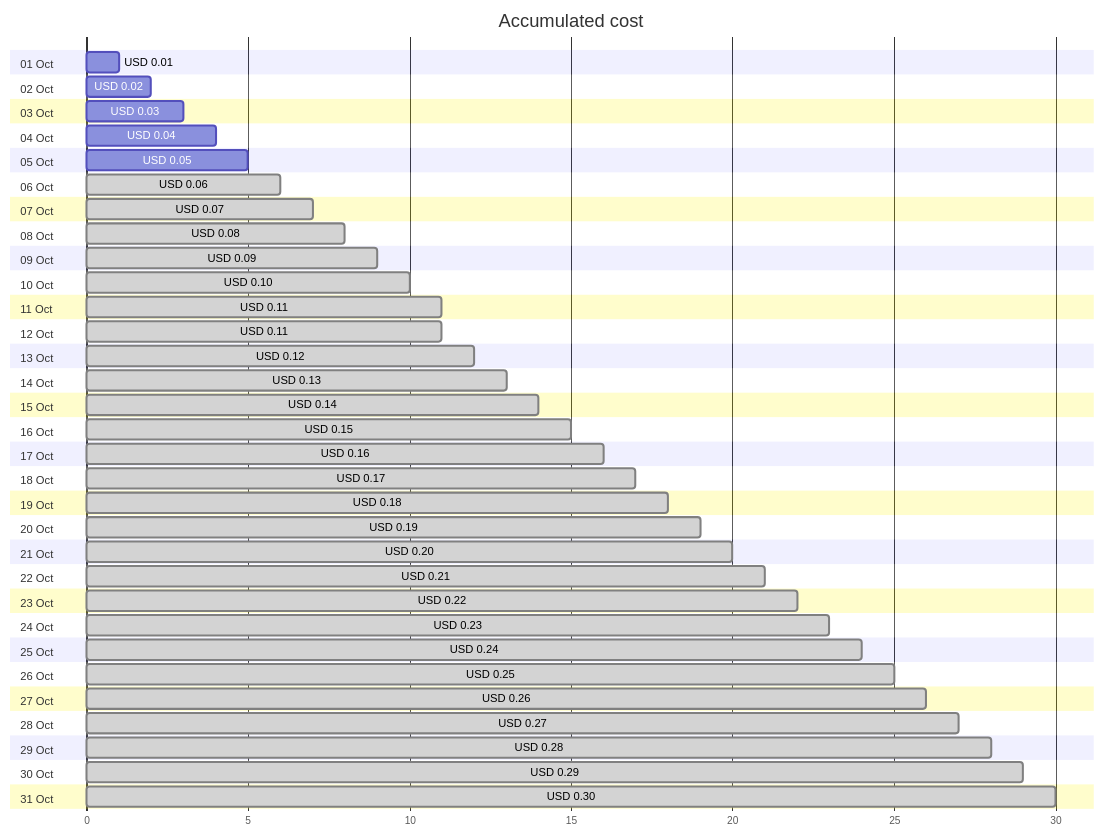
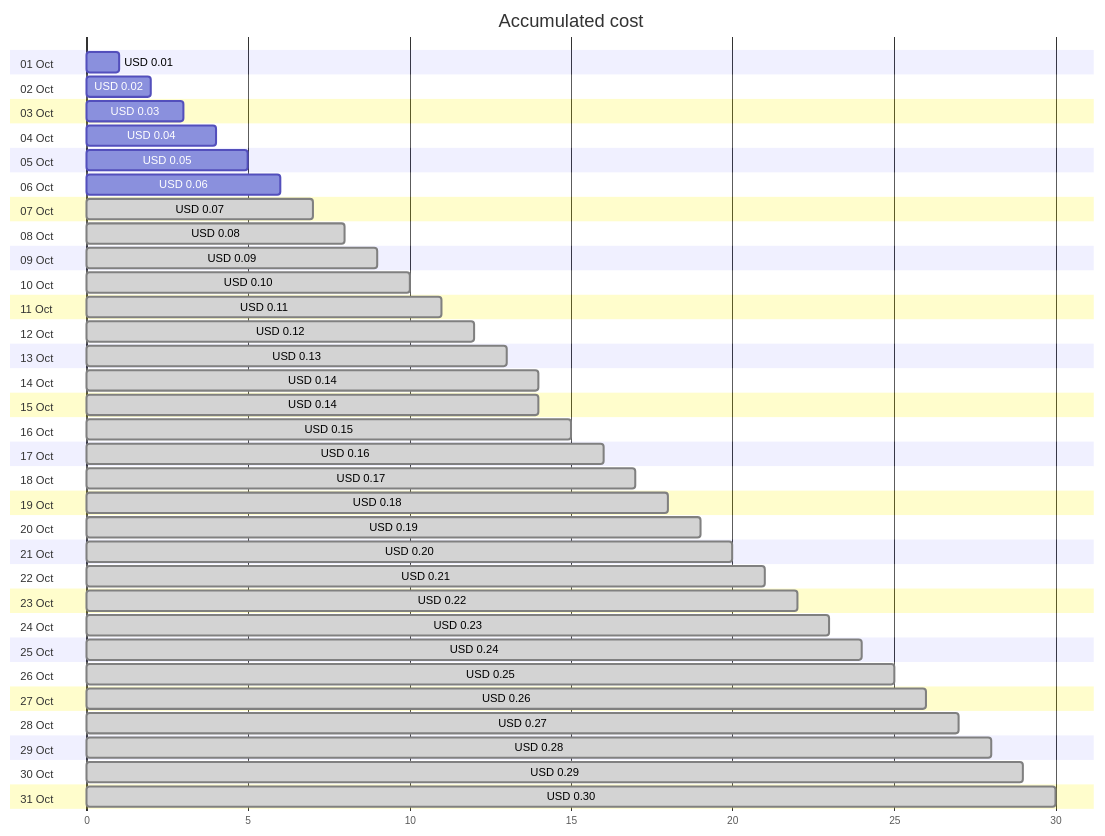
Before and after one commit to jpfulton/azure-personal-reports: the first of 4 diagrams in cost-reports/cloud-shell-storage-eastus/README.md, drawn with Mermaid. The commit also changed other lines of this file and 1 other file, not shown here.

````diff
--- a/cost-reports/cloud-shell-storage-eastus/README.md
+++ b/cost-reports/cloud-shell-storage-eastus/README.md
@@ -20,68 +20,68 @@
 ```mermaid
 gantt
    title Accumulated cost
    dateFormat  X
    axisFormat %s
    section 01 Oct
    USD 0.01 :0, 1
    section 02 Oct
    USD 0.02 :0, 2
    section 03 Oct
    USD 0.03 :0, 3
    section 04 Oct
    USD 0.04 :0, 4
    section 05 Oct
    USD 0.05 :0, 5
    section 06 Oct
-   USD 0.06 : done, 0, 6
+   USD 0.06 :0, 6
    section 07 Oct
    USD 0.07 : done, 0, 7
    section 08 Oct
    USD 0.08 : done, 0, 8
    section 09 Oct
    USD 0.09 : done, 0, 9
    section 10 Oct
    USD 0.10 : done, 0, 10
    section 11 Oct
    USD 0.11 : done, 0, 11
    section 12 Oct
-   USD 0.11 : done, 0, 11
+   USD 0.12 : done, 0, 12
    section 13 Oct
-   USD 0.12 : done, 0, 12
+   USD 0.13 : done, 0, 13
    section 14 Oct
-   USD 0.13 : done, 0, 13
+   USD 0.14 : done, 0, 14
    section 15 Oct
    USD 0.14 : done, 0, 14
    section 16 Oct
    USD 0.15 : done, 0, 15
    section 17 Oct
    USD 0.16 : done, 0, 16
    section 18 Oct
    USD 0.17 : done, 0, 17
    section 19 Oct
    USD 0.18 : done, 0, 18
    section 20 Oct
    USD 0.19 : done, 0, 19
    section 21 Oct
    USD 0.20 : done, 0, 20
    section 22 Oct
    USD 0.21 : done, 0, 21
    section 23 Oct
    USD 0.22 : done, 0, 22
    section 24 Oct
    USD 0.23 : done, 0, 23
    section 25 Oct
    USD 0.24 : done, 0, 24
    section 26 Oct
    USD 0.25 : done, 0, 25
    section 27 Oct
    USD 0.26 : done, 0, 26
    section 28 Oct
    USD 0.27 : done, 0, 27
    section 29 Oct
    USD 0.28 : done, 0, 28
    section 30 Oct
    USD 0.29 : done, 0, 29
    section 31 Oct
    USD 0.30 : done, 0, 30
 ```
````
